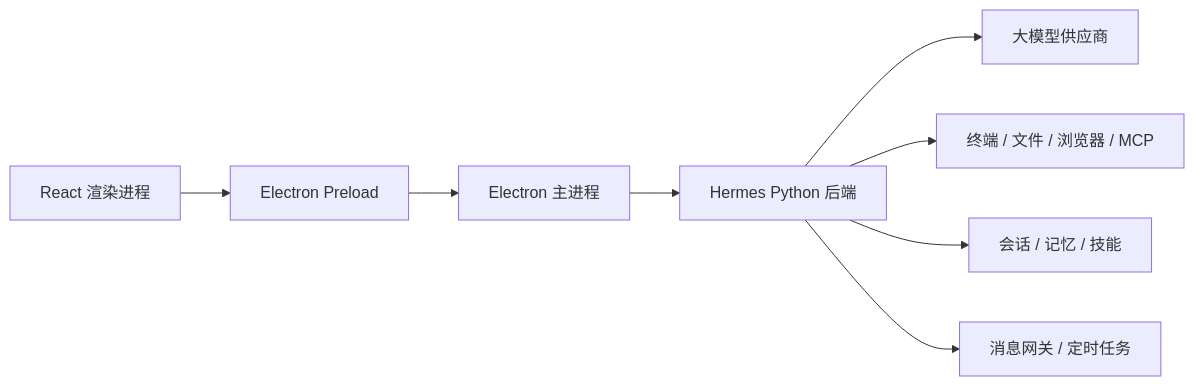
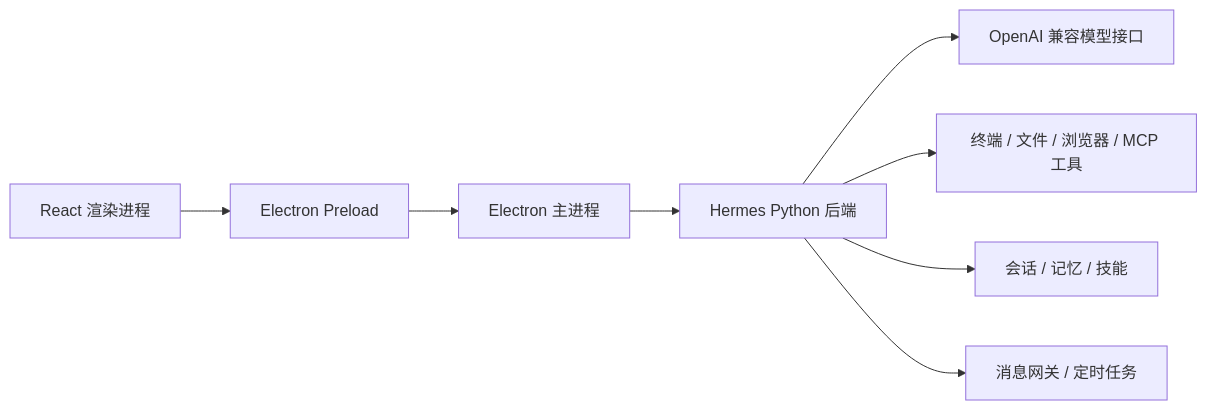
Before and after one commit to nevernotbad/HermesAgentLab: the diagram in README.md, drawn with Mermaid. The commit also changed other lines of this file and 23 other files, not shown here.

````diff
--- a/README.md
+++ b/README.md
@@ -51,10 +23,10 @@
 ```mermaid
 flowchart LR
-    UI[React 渲染进程] --> PRELOAD[Electron Preload]
-    PRELOAD --> MAIN[Electron 主进程]
-    MAIN --> BACKEND[Hermes Python 后端]
-    BACKEND --> MODEL[大模型供应商]
-    BACKEND --> TOOLS[终端 / 文件 / 浏览器 / MCP]
-    BACKEND --> MEMORY[会话 / 记忆 / 技能]
-    BACKEND --> GATEWAY[消息网关 / 定时任务]
+    UI["React 渲染进程"] --> PRELOAD["Electron Preload"]
+    PRELOAD --> MAIN["Electron 主进程"]
+    MAIN --> BACKEND["Hermes Python 后端"]
+    BACKEND --> MODEL["OpenAI 兼容模型接口"]
+    BACKEND --> TOOLS["终端 / 文件 / 浏览器 / MCP 工具"]
+    BACKEND --> MEMORY["会话 / 记忆 / 技能"]
+    BACKEND --> GATEWAY["消息网关 / 定时任务"]
 ```
````
